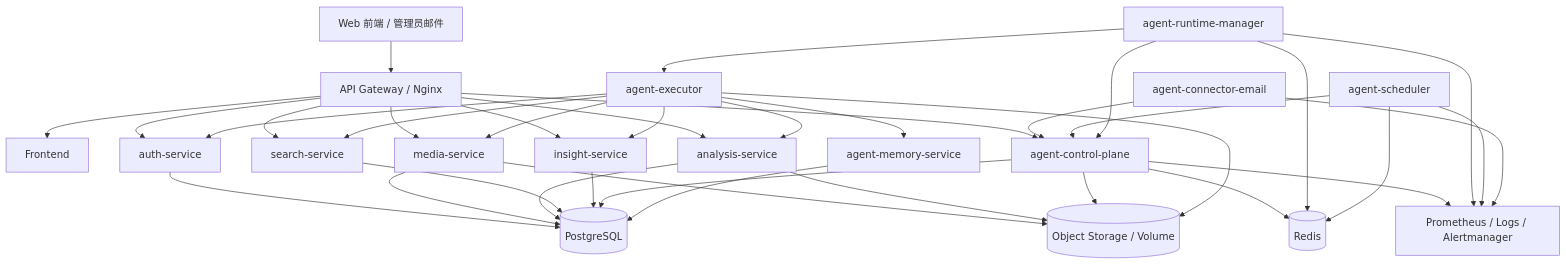
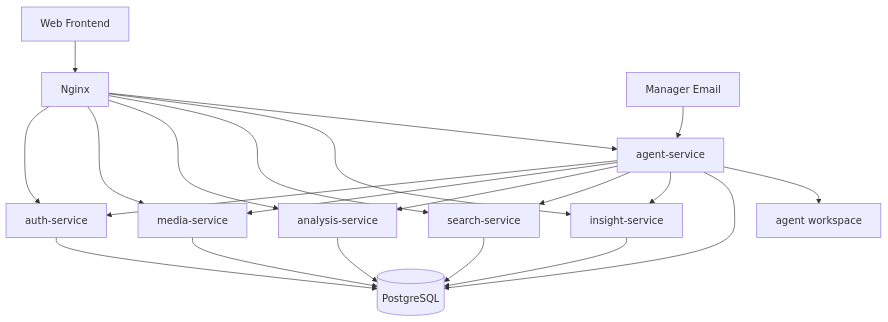
One commit to chenwu9927/Urban-Insight-A-Smart-PAR-Recognition-System changed the diagram in docs/project-blueprint.md. Above: the diagram before and after it, drawn with Mermaid. The commit also changed other lines of this file and 130 other files, not shown here.

````diff
--- a/docs/project-blueprint.md
+++ b/docs/project-blueprint.md
@@ -110,45 +79,23 @@
 ```mermaid
 flowchart TB
-    User["Web 前端 / 管理员邮件"] --> Gateway["API Gateway / Nginx"]
-    Gateway --> Frontend["Frontend"]
+    Browser["Web Frontend"] --> Gateway["Nginx"]
+    Manager["Manager Email"] --> Agent["agent-service"]
     Gateway --> Auth["auth-service"]
     Gateway --> Media["media-service"]
     Gateway --> Analysis["analysis-service"]
     Gateway --> Search["search-service"]
     Gateway --> Insight["insight-service"]
-    Gateway --> AgentCP["agent-control-plane"]
-
-    Email["agent-connector-email"] --> AgentCP
-    Scheduler["agent-scheduler"] --> AgentCP
-    Runtime["agent-runtime-manager"] --> AgentCP
-    Runtime --> Executor["agent-executor"]
-    Executor --> AgentMemory["agent-memory-service"]
-
-    Executor --> Auth
-    Executor --> Media
-    Executor --> Analysis
-    Executor --> Search
-    Executor --> Insight
-
+    Gateway --> Agent
+    Agent --> Auth
+    Agent --> Media
+    Agent --> Analysis
+    Agent --> Search
+    Agent --> Insight
     Auth --> PG[(PostgreSQL)]
     Media --> PG
     Analysis --> PG
     Search --> PG
     Insight --> PG
-    AgentCP --> PG
-    AgentMemory --> PG
-
-    AgentCP --> Redis[(Redis)]
-    Runtime --> Redis
-    Scheduler --> Redis
-
-    Media --> OSS[(Object Storage / Volume)]
-    Analysis --> OSS
-    AgentCP --> OSS
-    Executor --> OSS
-
-    AgentCP --> Obs["Prometheus / Logs / Alertmanager"]
-    Runtime --> Obs
-    Scheduler --> Obs
-    Email --> Obs
+    Agent --> PG
+    Agent --> Workspace["agent workspace"]
 ```
````
